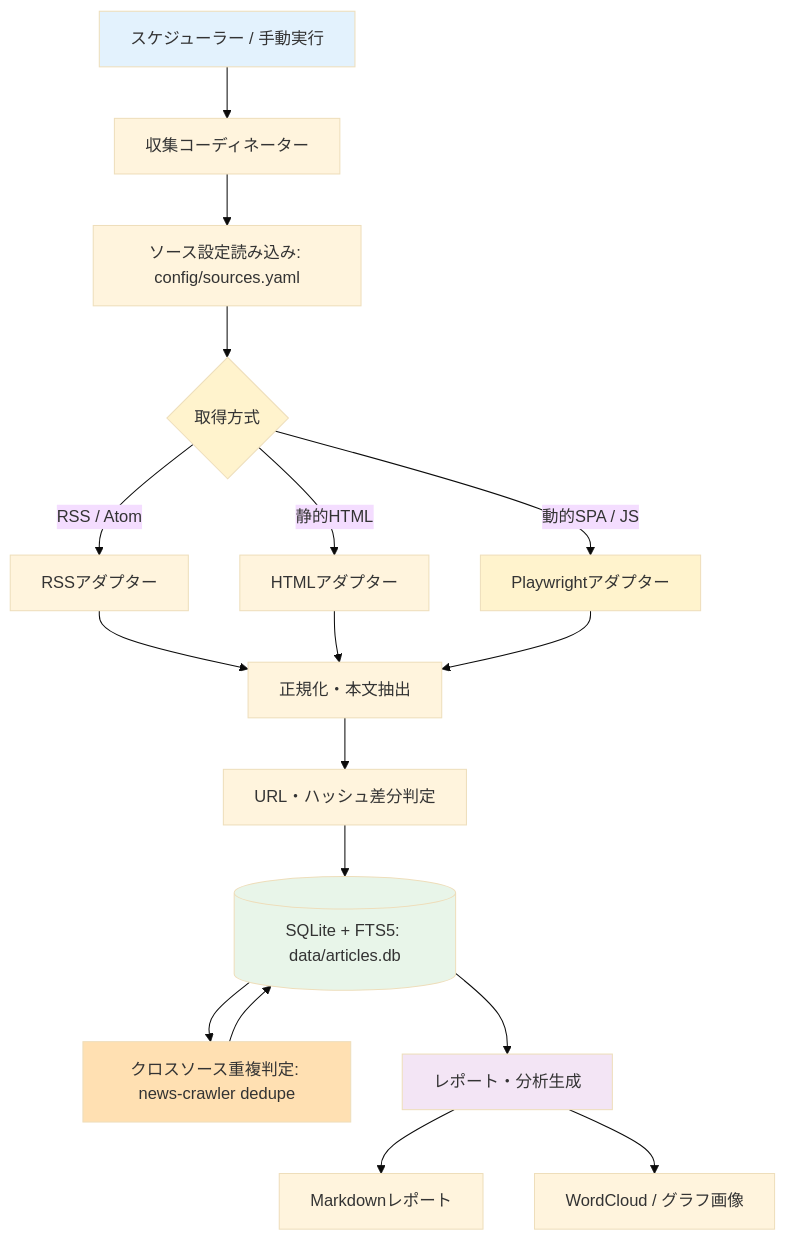
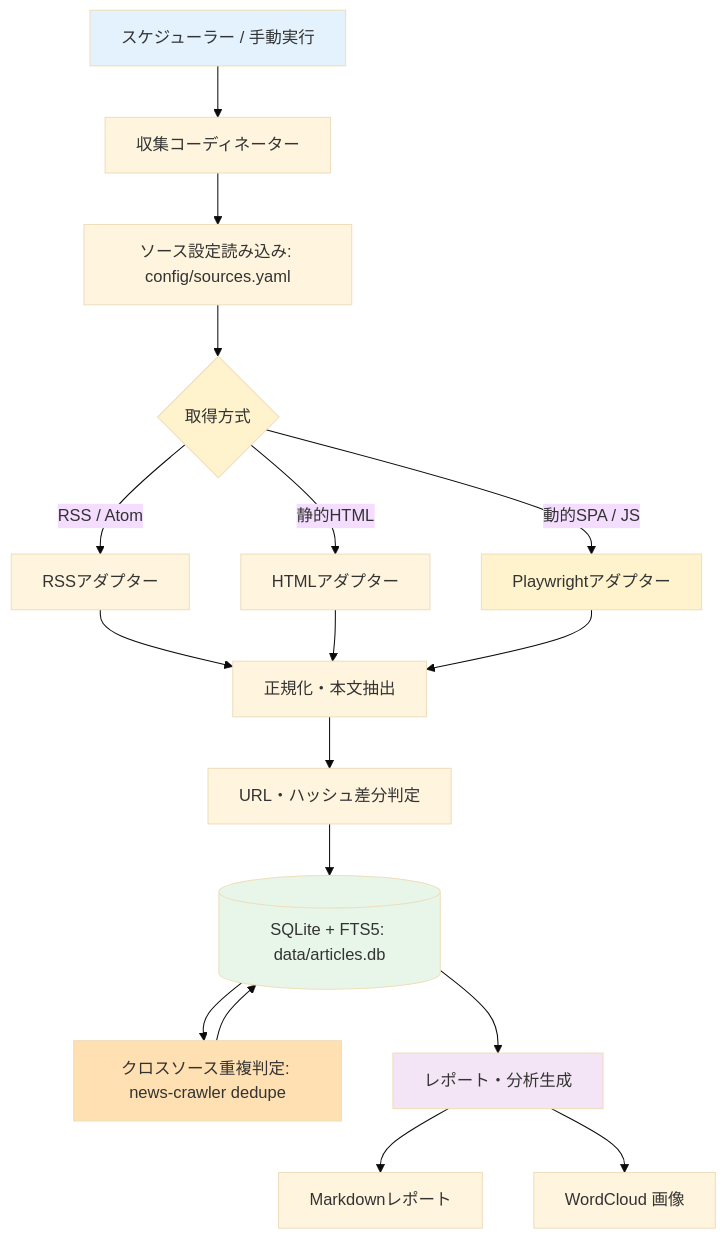
Before and after one commit to norizou/news_crawler: the diagram in README.md, drawn with Mermaid (base theme). The commit also changed other lines of this file and 3 other files, not shown here.

````diff
--- a/README.md
+++ b/README.md
@@ -25,26 +26,26 @@
 ```mermaid
 graph TD
     S[スケジューラー / 手動実行] --> C[収集コーディネーター]
     C --> R[ソース設定読み込み: config/sources.yaml]
     R --> T{取得方式}
     T -->|RSS / Atom| A[RSSアダプター]
     T -->|静的HTML| B[HTMLアダプター]
     T -->|動的SPA / JS| P[Playwrightアダプター]
     A --> N[正規化・本文抽出]
     B --> N
     P --> N
     N --> D[URL・ハッシュ差分判定]
     D --> DB[(SQLite + FTS5: data/articles.db)]
     DB --> DD[クロスソース重複判定: news-crawler dedupe]
     DD --> DB
     DB --> O[レポート・分析生成]
     O --> M[Markdownレポート]
-    O --> W[WordCloud / グラフ画像]
+    O --> W[WordCloud 画像]
 
     style S fill:#e3f2fd
     style T fill:#fff3cd
     style P fill:#fff3cd
     style DB fill:#e8f5e9
     style DD fill:#ffe0b2
     style O fill:#f3e5f5
 ```
````
